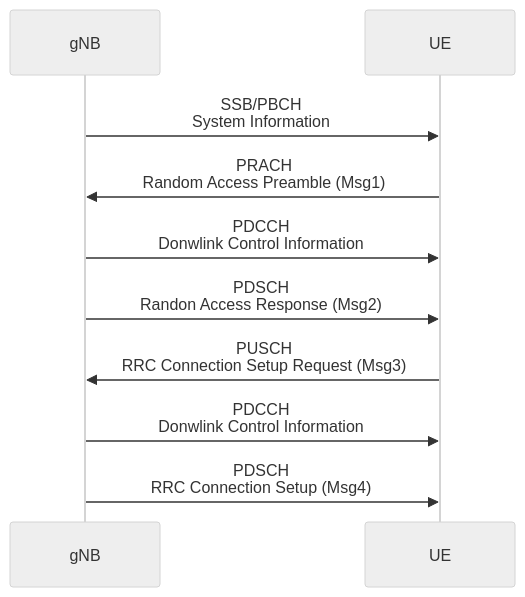
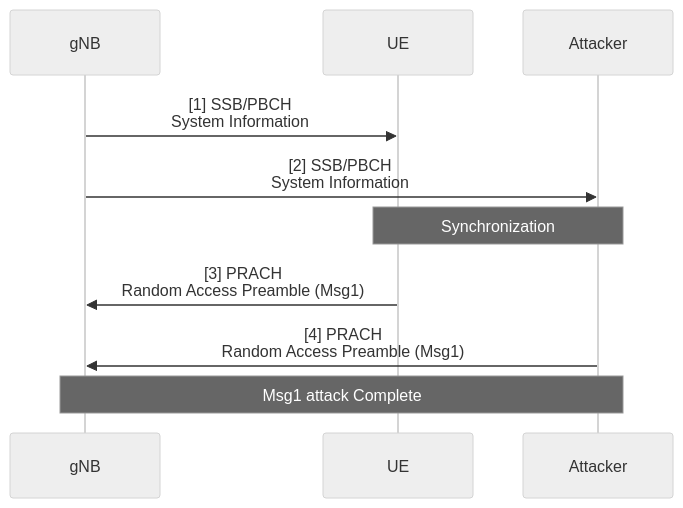
One commit to bmw-ece-ntust/wilfrid-prach-attack-analysis changed the first of 2 diagrams in docs/20250310 Thesis (Basic Msg1 Model).md. Above: the diagram before and after it, drawn with Mermaid (neutral theme). The commit also changed other lines of this file, not shown here.

Commit message:
Update 20250310 Thesis (Basic Msg1 Model).md

````diff
--- a/docs/20250310 Thesis (Basic Msg1 Model).md
+++ b/docs/20250310 Thesis (Basic Msg1 Model).md
@@ -35,10 +20,9 @@
 ```mermaid
 sequenceDiagram
-    gNB->>UE:SSB/PBCH<br/>System Information
-	UE->>gNB: PRACH<br/>Random Access Preamble (Msg1)
-    gNB->>UE: PDCCH<br/>Donwlink Control Information
-    gNB->>UE: PDSCH<br/>Randon Access Response (Msg2)
-    UE->>gNB: PUSCH<br/>RRC Connection Setup Request (Msg3)
-    gNB->>UE: PDCCH<br/>Donwlink Control Information
-    gNB->>UE: PDSCH<br/>RRC Connection Setup (Msg4)
+    gNB->>UE: [1] SSB/PBCH<br/>System Information
+    gNB->>Attacker: [2] SSB/PBCH<br/>System Information
+    Note over UE,Attacker: Synchronization
+    UE->>gNB: [3] PRACH<br/>Random Access Preamble (Msg1)
+    Attacker->>gNB: [4] PRACH<br/>Random Access Preamble (Msg1)
+    Note over gNB,Attacker: Msg1 attack Complete
 ```
````
